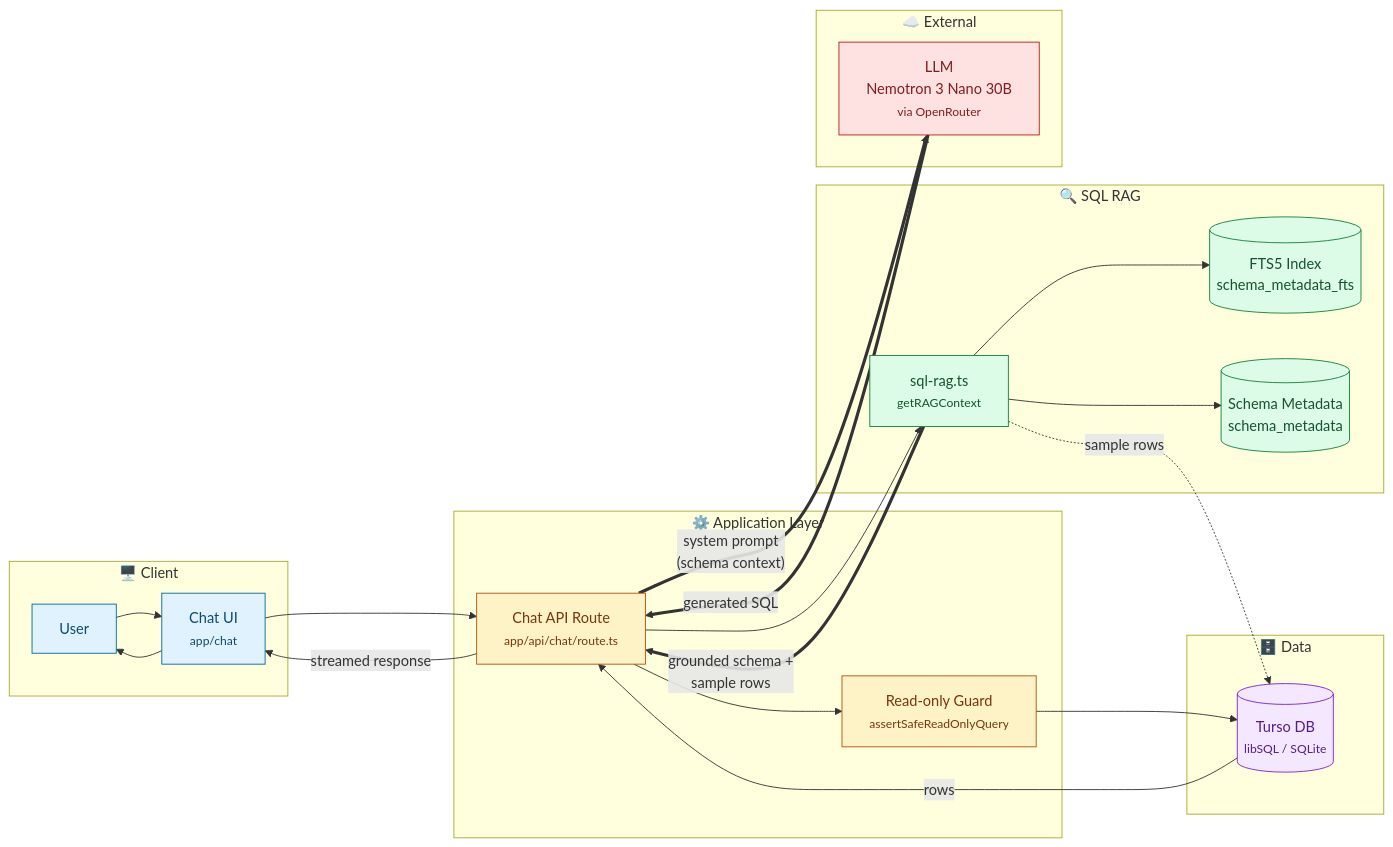
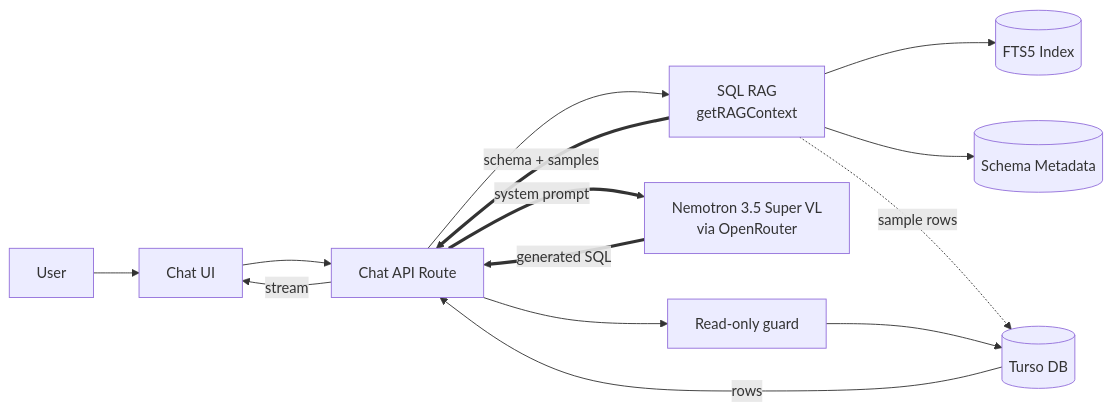
Before and after one commit to darshil-here/chat-sql-agent: the diagram in README.md, drawn with Mermaid. The commit also changed other lines of this file and 20 other files, not shown here.

````diff
--- a/README.md
+++ b/README.md
@@ -39,53 +32,16 @@
 ```mermaid
 flowchart LR
-    subgraph Client["🖥️ Client"]
-        U["User"]
-        UI["Chat UI<br/><small>app/chat</small>"]
-    end
-
-    subgraph App["⚙️ Application Layer"]
-        API["Chat API Route<br/><small>app/api/chat/route.ts</small>"]
-        Guard["Read-only Guard<br/><small>assertSafeReadOnlyQuery</small>"]
-    end
-
-    subgraph RAGLayer["🔍 SQL RAG"]
-        RAG["sql-rag.ts<br/><small>getRAGContext</small>"]
-        FTS[("FTS5 Index<br/>schema_metadata_fts")]
-        SM[("Schema Metadata<br/>schema_metadata")]
-    end
-
-    subgraph DataLayer["🗄️ Data"]
-        DB1[("Turso DB<br/><small>libSQL / SQLite</small>")]
-    end
-
-    subgraph External["☁️ External"]
-        LLM["LLM<br/>Nemotron 3 Nano 30B<br/><small>via OpenRouter</small>"]
-    end
-
-    U --> UI --> API
-    API --> RAG
-    RAG --> FTS
-    RAG --> SM
-    RAG -.->|sample rows| DB1
-
-    RAG ==>|"grounded schema +<br/>sample rows"| API
-    API ==>|"system prompt<br/>(schema context)"| LLM
-    LLM ==>|"generated SQL"| API
-
-    API --> Guard --> DB1
-    DB1 -->|rows| API
-    API -->|streamed response| UI
-    UI --> U
-
-    classDef client fill:#e0f2fe,stroke:#0369a1,color:#0c4a6e
-    classDef app fill:#fef3c7,stroke:#b45309,color:#78350f
-    classDef rag fill:#dcfce7,stroke:#15803d,color:#14532d
-    classDef data fill:#f3e8ff,stroke:#7e22ce,color:#581c87
-    classDef ext fill:#fee2e2,stroke:#b91c1c,color:#7f1d1d
-
-    class U,UI client
-    class API,Guard app
-    class RAG,FTS,SM rag
-    class DB1 data
-    class LLM ext
+    U["User"] --> UI["Chat UI"]
+    UI --> API["Chat API Route"]
+    API --> RAG["SQL RAG<br/>getRAGContext"]
+    RAG --> FTS[("FTS5 Index")]
+    RAG --> SM[("Schema Metadata")]
+    RAG -.->|sample rows| DB[("Turso DB")]
+    RAG ==>|schema + samples| API
+    API ==>|system prompt| LLM["Nemotron 3.5 Super VL<br/>via OpenRouter"]
+    LLM ==>|generated SQL| API
+    API --> Guard["Read-only guard"]
+    Guard --> DB
+    DB -->|rows| API
+    API -->|stream| UI
 ```
````
